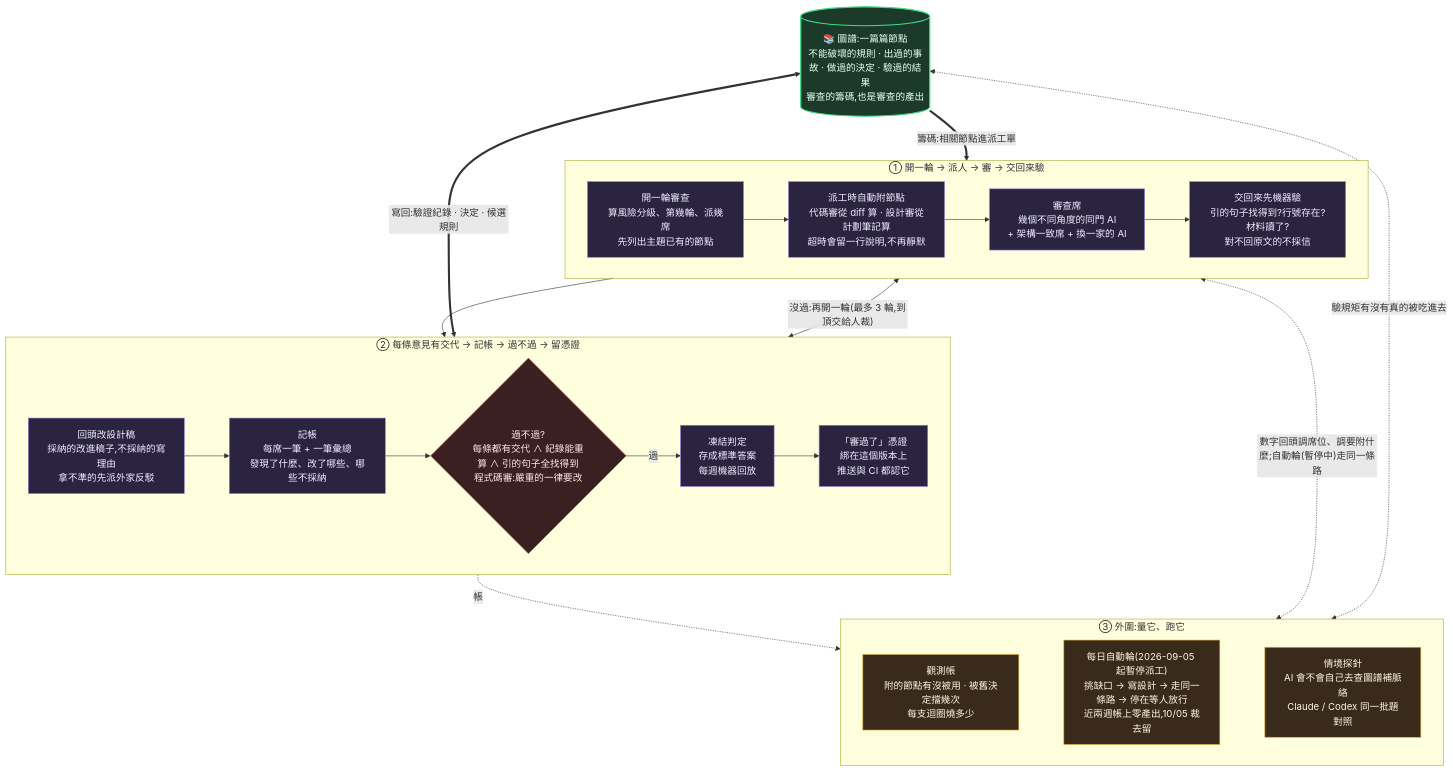
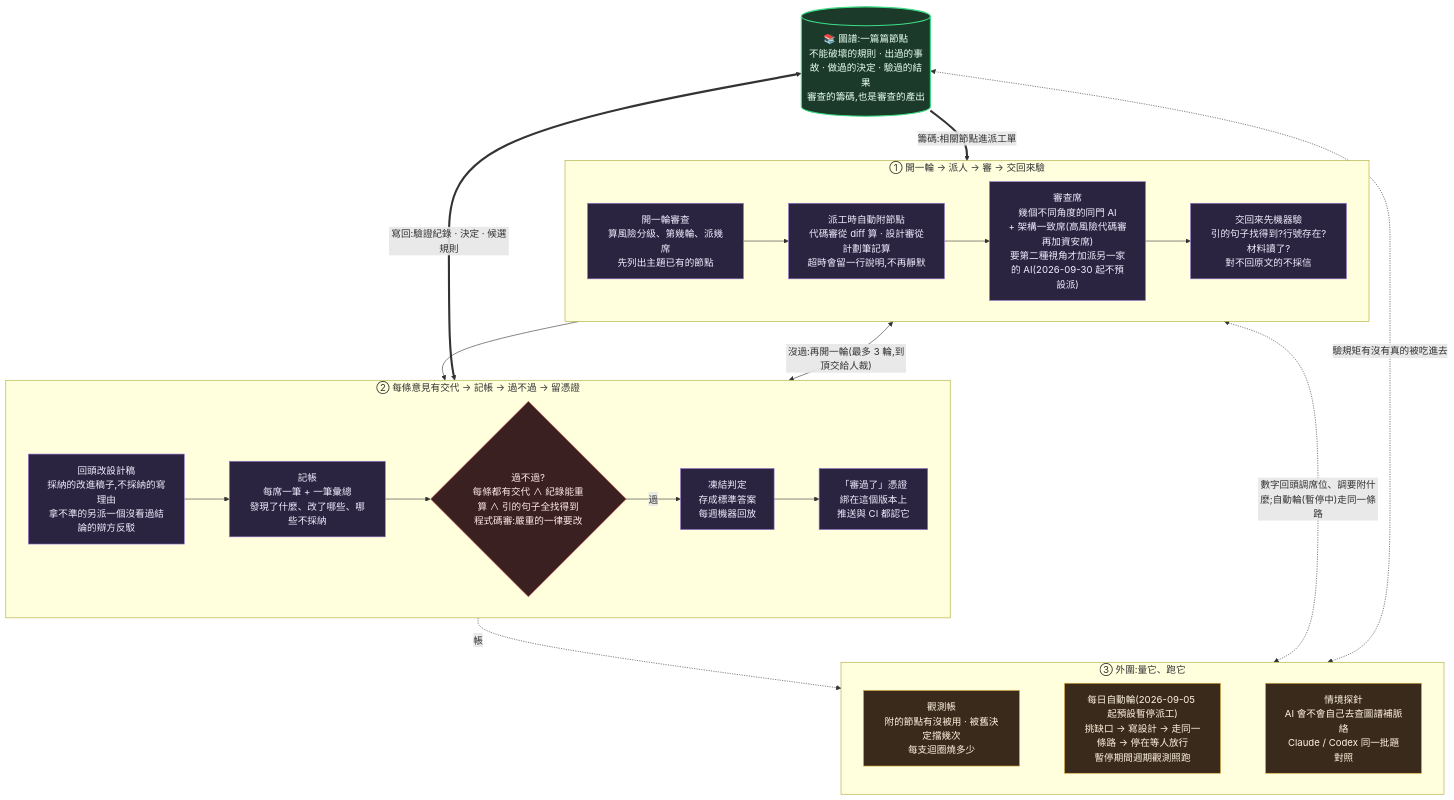
One commit to EnzoHsieh-Android/Lumos changed the fifth of 5 diagrams in ARCHITECTURE.md. Above: the diagram before and after it, drawn with Mermaid. The commit also changed other lines of this file and 17 other files, not shown here.

````diff
--- a/ARCHITECTURE.md
+++ b/ARCHITECTURE.md
@@ -210,36 +213,36 @@
 ```mermaid
 flowchart TB
     NODES[("📚 圖譜:一篇篇節點<br/>不能破壞的規則 · 出過的事故 · 做過的決定 · 驗過的結果<br/>審查的籌碼,也是審查的產出")]
 
     subgraph R1["① 開一輪 → 派人 → 審 → 交回來驗"]
         direction LR
-        NEXT["開一輪審查<br/>算風險分級、第幾輪、派幾席<br/>先列出主題已有的節點"] --> LENS["派工時自動附節點<br/>代碼審從 diff 算 · 設計審從計劃筆記算<br/>超時會留一行說明,不再靜默"] --> SEATS["審查席<br/>幾個不同角度的同門 AI<br/>+ 架構一致席 + 換一家的 AI"] --> INTAKE["交回來先機器驗<br/>引的句子找得到?行號存在?材料讀了?<br/>對不回原文的不採信"]
+        NEXT["開一輪審查<br/>算風險分級、第幾輪、派幾席<br/>先列出主題已有的節點"] --> LENS["派工時自動附節點<br/>代碼審從 diff 算 · 設計審從計劃筆記算<br/>超時會留一行說明,不再靜默"] --> SEATS["審查席<br/>幾個不同角度的同門 AI<br/>+ 架構一致席(高風險代碼審再加資安席)<br/>要第二種視角才加派另一家的 AI(2026-09-30 起不預設派)"] --> INTAKE["交回來先機器驗<br/>引的句子找得到?行號存在?材料讀了?<br/>對不回原文的不採信"]
     end
 
     subgraph R2["② 每條意見有交代 → 記帳 → 過不過 → 留憑證"]
         direction LR
-        FOLD["回頭改設計稿<br/>採納的改進稿子,不採納的寫理由<br/>拿不準的先派外家反駁"] --> LEDGER["記帳<br/>每席一筆 + 一筆彙總<br/>發現了什麼、改了哪些、哪些不採納"] --> GATE{"過不過?<br/>每條都有交代 ∧ 紀錄能重算 ∧ 引的句子全找得到<br/>程式碼審:嚴重的一律要改"} -->|過| FREEZE["凍結判定<br/>存成標準答案<br/>每週機器回放"] --> PASS["「審過了」憑證<br/>綁在這個版本上<br/>推送與 CI 都認它"]
+        FOLD["回頭改設計稿<br/>採納的改進稿子,不採納的寫理由<br/>拿不準的另派一個沒看過結論的辯方反駁"] --> LEDGER["記帳<br/>每席一筆 + 一筆彙總<br/>發現了什麼、改了哪些、哪些不採納"] --> GATE{"過不過?<br/>每條都有交代 ∧ 紀錄能重算 ∧ 引的句子全找得到<br/>程式碼審:嚴重的一律要改"} -->|過| FREEZE["凍結判定<br/>存成標準答案<br/>每週機器回放"] --> PASS["「審過了」憑證<br/>綁在這個版本上<br/>推送與 CI 都認它"]
     end
 
     subgraph R3["③ 外圍:量它、跑它"]
         direction LR
-        OBS["觀測帳<br/>附的節點有沒被用 · 被舊決定擋幾次<br/>每支迴圈燒多少"] ~~~ AUTO["每日自動輪(2026-09-05 起暫停派工)<br/>挑缺口 → 寫設計 → 走同一條路 → 停在等人放行<br/>近兩週帳上零產出,10/05 裁去留"] ~~~ PROBE["情境探針<br/>AI 會不會自己去查圖譜補脈絡<br/>Claude / Codex 同一批題對照"]
+        OBS["觀測帳<br/>附的節點有沒被用 · 被舊決定擋幾次<br/>每支迴圈燒多少"] ~~~ AUTO["每日自動輪(2026-09-05 起預設暫停派工)<br/>挑缺口 → 寫設計 → 走同一條路 → 停在等人放行<br/>暫停期間週期觀測照跑"] ~~~ PROBE["情境探針<br/>AI 會不會自己去查圖譜補脈絡<br/>Claude / Codex 同一批題對照"]
     end
 
     NODES ==>|"籌碼:相關節點進派工單"| R1
     R1 --> R2
     R2 -.->|"帳"| R3
     NODES <==>|"寫回:驗證紀錄 · 決定 · 候選規則"| R2
     R1 <-->|"沒過:再開一輪(最多 3 輪,到頂交給人裁)"| R2
     R1 <-.->|"數字回頭調席位、調要附什麼;自動輪(暫停中)走同一條路"| R3
     NODES <-.->|"驗規矩有沒有真的被吃進去"| R3
 
     classDef gnode fill:#1b3a2a,stroke:#3ddc84,stroke-width:2px,color:#e8fff0
     classDef step fill:#2a2440,stroke:#9a7bd6,color:#f0ecff
     classDef gate fill:#3a2020,stroke:#dc5b5b,color:#ffe8e8
     classDef obs fill:#3a2a1b,stroke:#dcab3d,color:#fff5e0
     class NODES gnode
     class NEXT,LENS,SEATS,INTAKE,FOLD,LEDGER,FREEZE,PASS step
     class GATE gate
     class OBS,AUTO,PROBE obs
 ```
````
